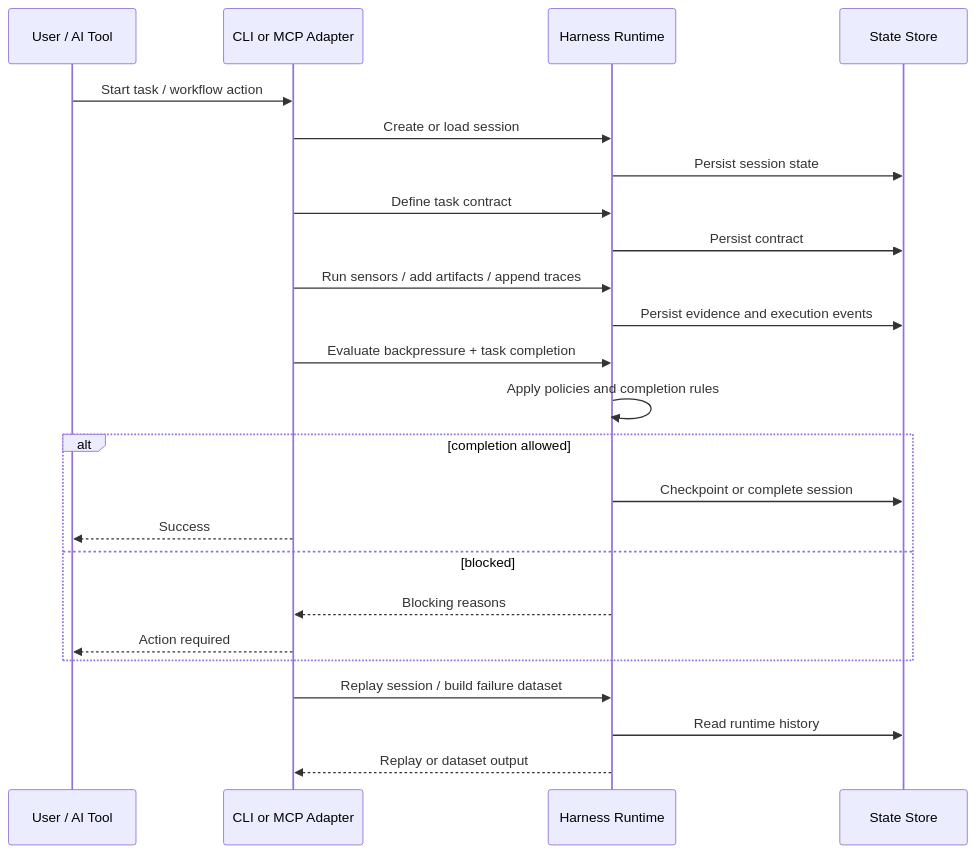
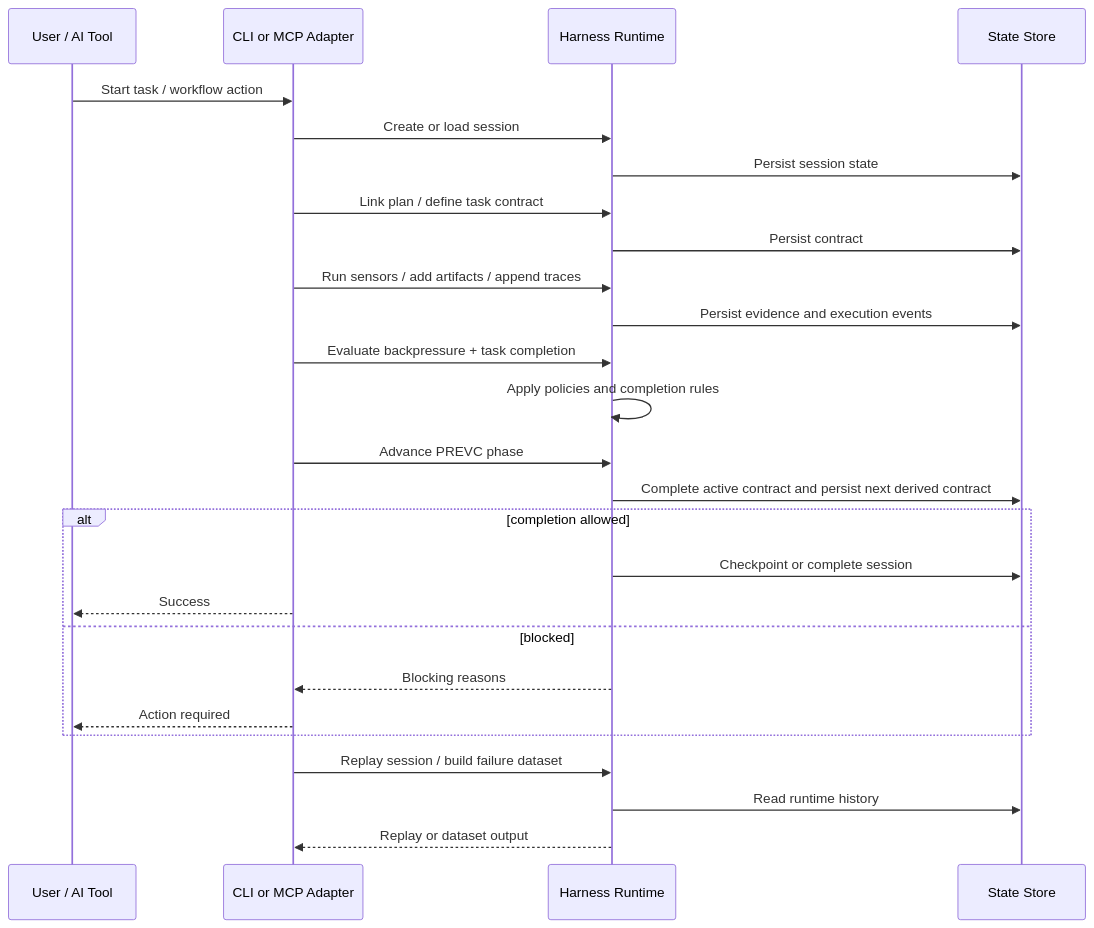
The second of 4 diagrams in ARCHITECTURE.md (vinilana/dotcontext), drawn with Mermaid before and after one commit. The commit also changed other lines of this file and 20 other files, not shown here.

First line of the commit message:
Enhance plan management with structured metadata and automatic task contract rotation

````diff
--- a/ARCHITECTURE.md
+++ b/ARCHITECTURE.md
@@ -102,32 +102,35 @@
 ```mermaid
 sequenceDiagram
     participant U as User / AI Tool
     participant A as CLI or MCP Adapter
     participant H as Harness Runtime
     participant S as State Store
 
     U->>A: Start task / workflow action
     A->>H: Create or load session
     H->>S: Persist session state
 
-    A->>H: Define task contract
+    A->>H: Link plan / define task contract
     H->>S: Persist contract
 
     A->>H: Run sensors / add artifacts / append traces
     H->>S: Persist evidence and execution events
 
     A->>H: Evaluate backpressure + task completion
     H->>H: Apply policies and completion rules
+
+    A->>H: Advance PREVC phase
+    H->>S: Complete active contract and persist next derived contract
 
     alt completion allowed
         H->>S: Checkpoint or complete session
         A-->>U: Success
     else blocked
         H-->>A: Blocking reasons
         A-->>U: Action required
     end
 
     A->>H: Replay session / build failure dataset
     H->>S: Read runtime history
     H-->>A: Replay or dataset output
 ```
````
